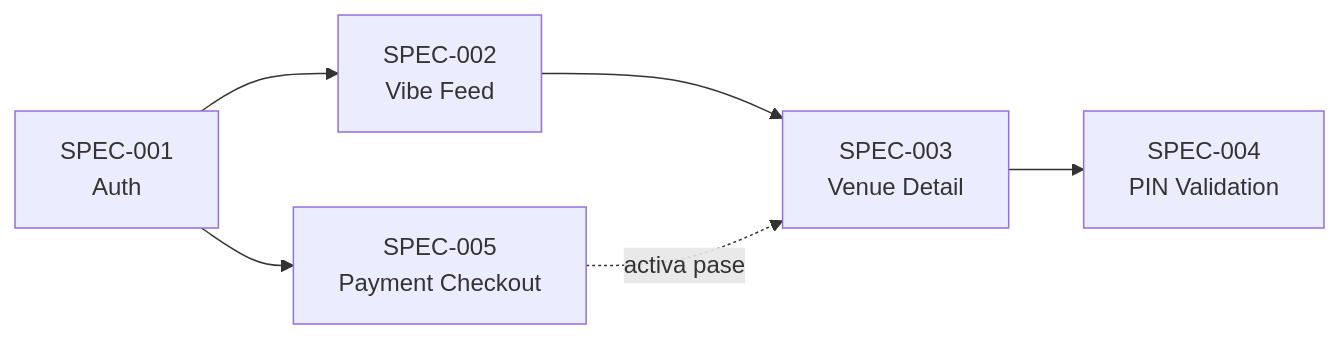
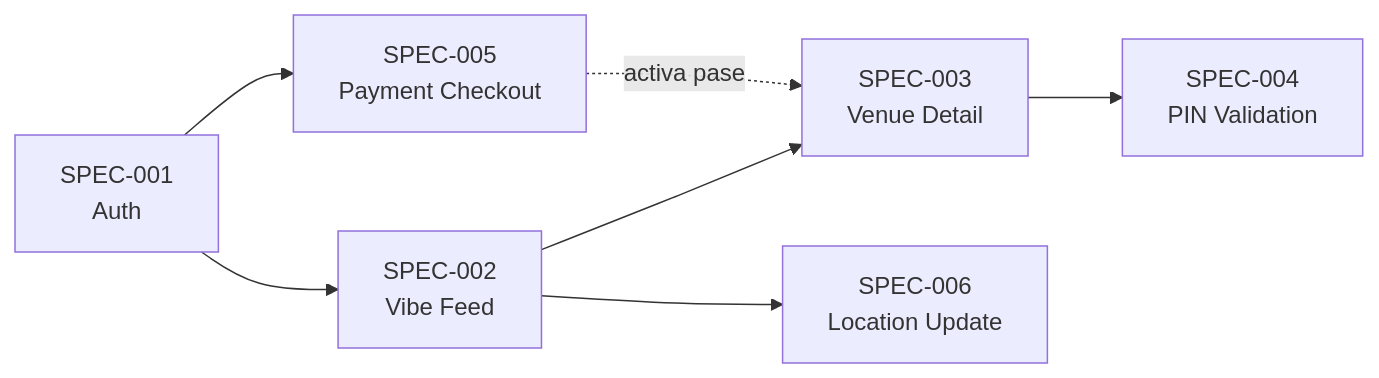
One commit to FahedHermoza/MVP-Menbresia-AI changed the diagram in spec/README.md. Above: the diagram before and after it, drawn with Mermaid. The commit also changed other lines of this file and 6 other files, not shown here.

````diff
--- a/spec/README.md
+++ b/spec/README.md
@@ -10,8 +10,9 @@
 ```mermaid
 graph LR
     A[SPEC-001<br>Auth] --> B[SPEC-002<br>Vibe Feed]
     B --> C[SPEC-003<br>Venue Detail]
     C --> D[SPEC-004<br>PIN Validation]
     A --> E[SPEC-005<br>Payment Checkout]
     E -.->|activa pase| C
+    B --> F[SPEC-006<br>Location Update]
 ```
````
